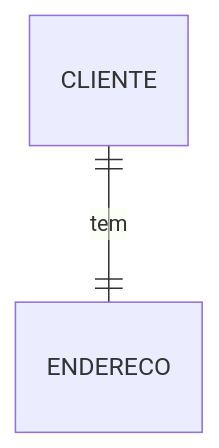
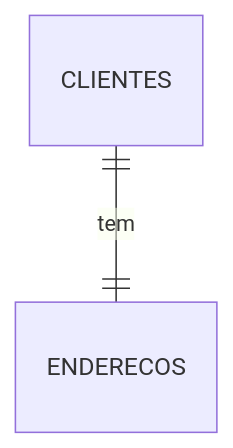
One commit to GTI-Fatec-Jahu/BDA-GTI-2026-2 changed diagram 11 of 15 in docs/aulas/Aula_02_Modelagem_Entidades.md. Above: the diagram before and after it, drawn with Mermaid. The commit also changed other lines of this file and 5 other files, not shown here.

````diff
--- a/docs/aulas/Aula_02_Modelagem_Entidades.md
+++ b/docs/aulas/Aula_02_Modelagem_Entidades.md
@@ -457,6 +457,6 @@
 ```mermaid
 erDiagram
-    CLIENTE { }
-    ENDERECO { }
-    CLIENTE ||--|| ENDERECO : "tem"
+    CLIENTES { }
+    ENDERECOS { }
+    CLIENTES ||--|| ENDERECOS : "tem"
 ```
````
